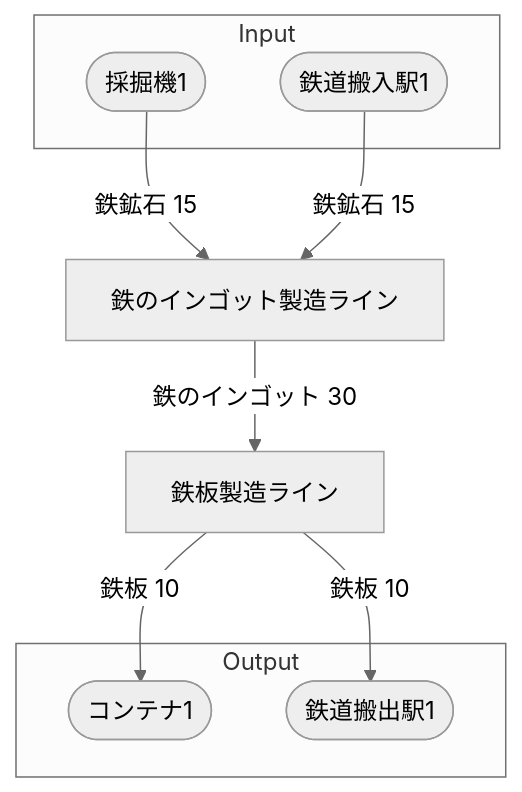
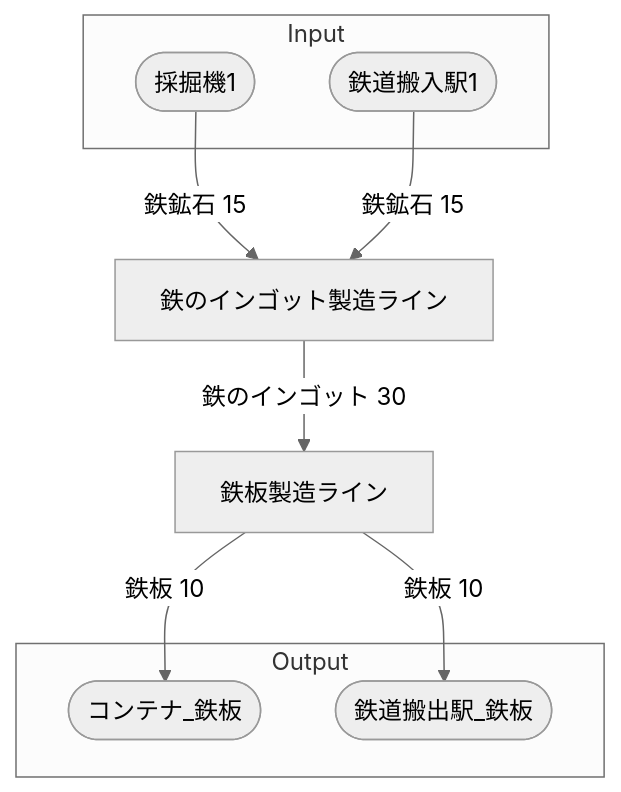
The diagram in 40_FactoryBuilding/20_工場設計テンプレート/30‗全体製造ライン設計書/全体製造ライン設計書.md (Suzuran-Amano/SatisfactoryTaskEfficiency), drawn with Mermaid (neutral theme) before and after one commit. The commit also changed 3 other files, not shown here.

````diff
--- a/40_FactoryBuilding/20_工場設計テンプレート/30‗全体製造ライン設計書/全体製造ライン設計書.md
+++ b/40_FactoryBuilding/20_工場設計テンプレート/30‗全体製造ライン設計書/全体製造ライン設計書.md
@@ -24,25 +24,25 @@
 ```mermaid
 flowchart TD
 
 subgraph Input
     採掘機1([採掘機1])
     鉄道搬入駅1([鉄道搬入駅1])
 end
 
 鉄のインゴット製造ライン[鉄のインゴット製造ライン]
 鉄板製造ライン[鉄板製造ライン]
 
 subgraph Output
-    コンテナ1([コンテナ1])
-    鉄道搬出駅1([鉄道搬出駅1])
+    コンテナ_鉄板([コンテナ_鉄板])
+    鉄道搬出駅_鉄板([鉄道搬出駅_鉄板])
 end
 
 
 採掘機1-->|鉄鉱石 15|鉄のインゴット製造ライン
 鉄道搬入駅1-->|鉄鉱石 15|鉄のインゴット製造ライン
 鉄のインゴット製造ライン-->|鉄のインゴット 30|鉄板製造ライン
-鉄板製造ライン-->|鉄板 10|コンテナ1
-鉄板製造ライン-->|鉄板 10|鉄道搬出駅1
+鉄板製造ライン-->|鉄板 10|コンテナ_鉄板
+鉄板製造ライン-->|鉄板 10|鉄道搬出駅_鉄板
 
 
 ```
````
